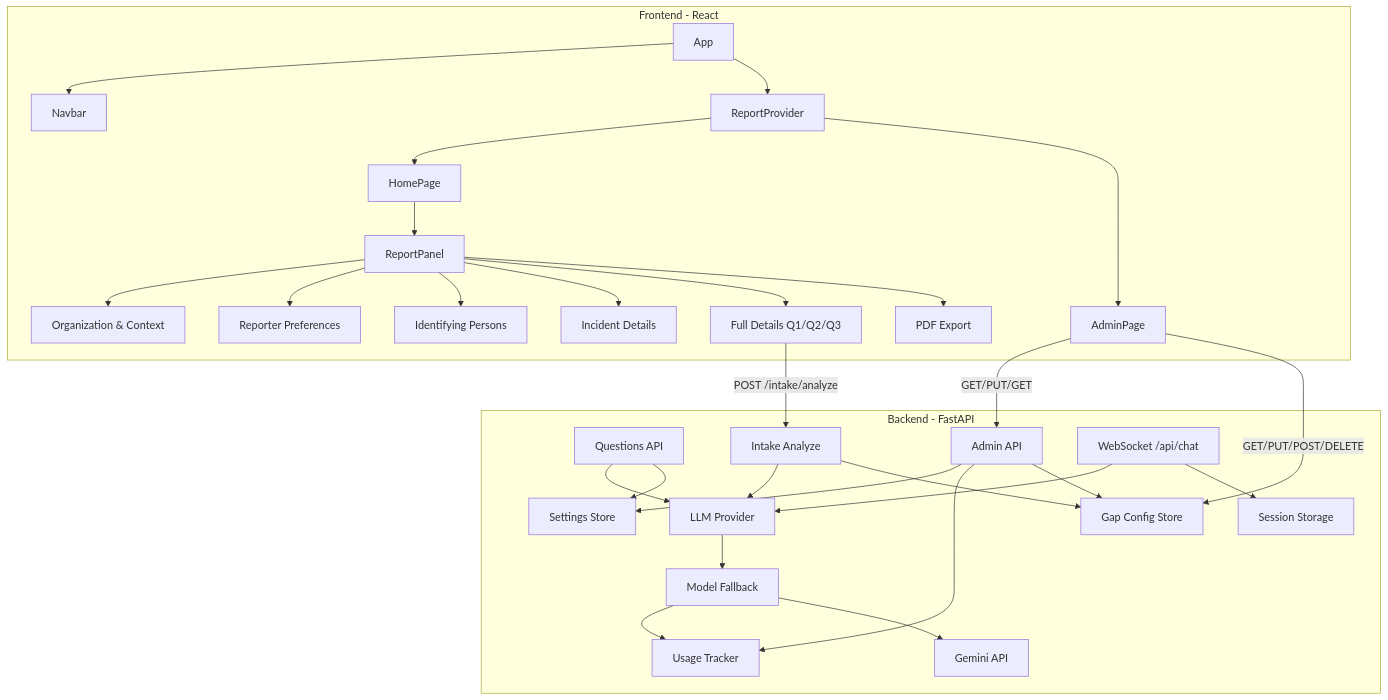
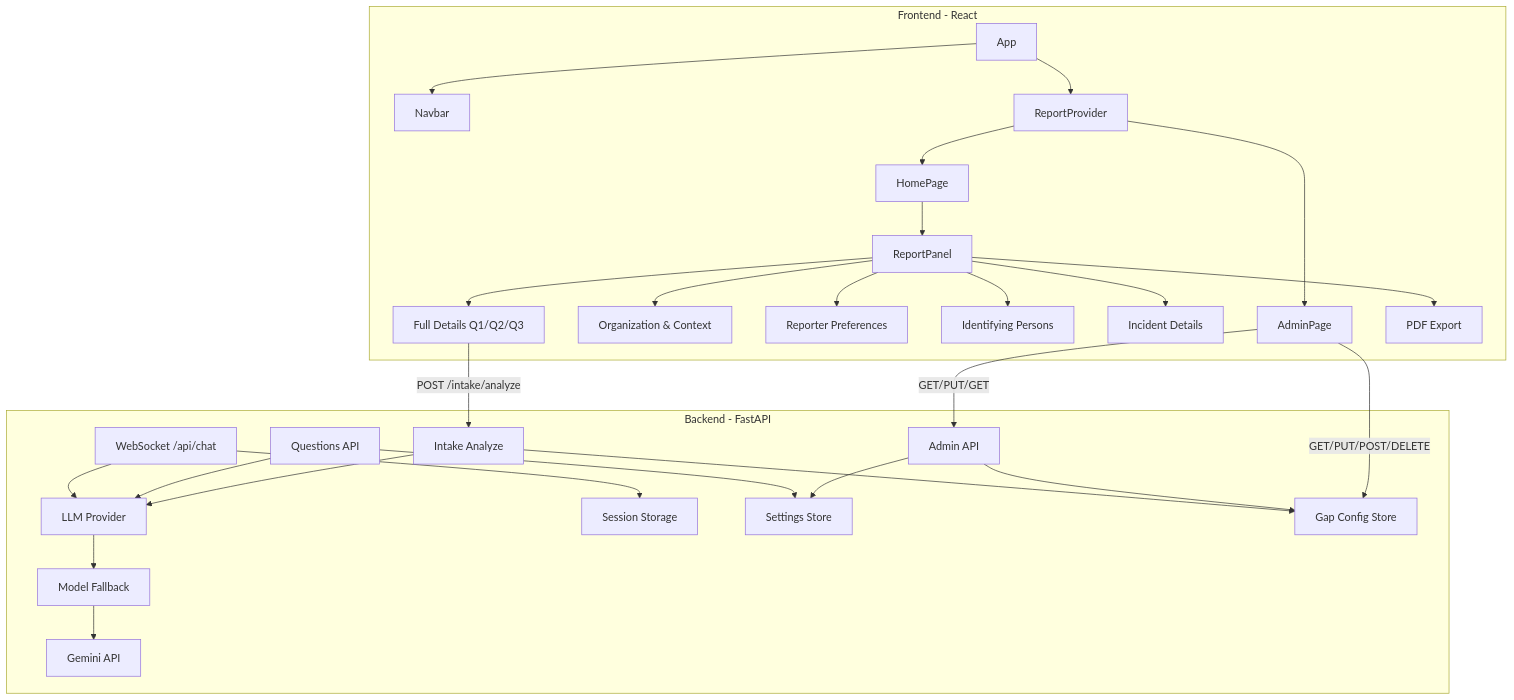
The first of 3 diagrams in docs/ARCHITECTURE.md (CodingwithAhmad1/Whistleblowing), drawn with Mermaid before and after one commit. The commit also changed other lines of this file and 39 other files, not shown here.

````diff
--- a/docs/ARCHITECTURE.md
+++ b/docs/ARCHITECTURE.md
@@ -7,51 +7,48 @@
 ```mermaid
 flowchart TB
     subgraph Frontend [Frontend - React]
         App[App]
         Navbar[Navbar]
         ReportProvider[ReportProvider]
         HomePage[HomePage]
         AdminPage[AdminPage]
         ReportPanel[ReportPanel]
         App --> Navbar
         App --> ReportProvider
         ReportProvider --> HomePage
         ReportProvider --> AdminPage
         HomePage --> ReportPanel
         ReportPanel --> Org[Organization & Context]
         ReportPanel --> Reporter[Reporter Preferences]
         ReportPanel --> Persons[Identifying Persons]
         ReportPanel --> Incident[Incident Details]
         ReportPanel --> FullDetails[Full Details Q1/Q2/Q3]
         ReportPanel --> PDF[PDF Export]
     end
 
     subgraph Backend [Backend - FastAPI]
         Questions[Questions API]
         Intake[Intake Analyze]
         Admin[Admin API]
         WS[WebSocket /api/chat]
         Fallback[Model Fallback]
         Provider[LLM Provider]
-        UsageTracker[Usage Tracker]
         Gemini[Gemini API]
         Storage[Session Storage]
         SettingsStore[Settings Store]
         GapStore[Gap Config Store]
         FullDetails -->|POST /intake/analyze| Intake
         AdminPage -->|GET/PUT/GET| Admin
         AdminPage -->|GET/PUT/POST/DELETE| GapStore
         Admin --> SettingsStore
-        Admin --> UsageTracker
         Admin --> GapStore
         Intake --> Provider
         Intake --> GapStore
         Questions --> Provider
         Questions --> SettingsStore
         WS --> Provider
         Provider --> Fallback
-        Fallback --> UsageTracker
         Fallback --> Gemini
         WS --> Storage
     end
 ```
````
